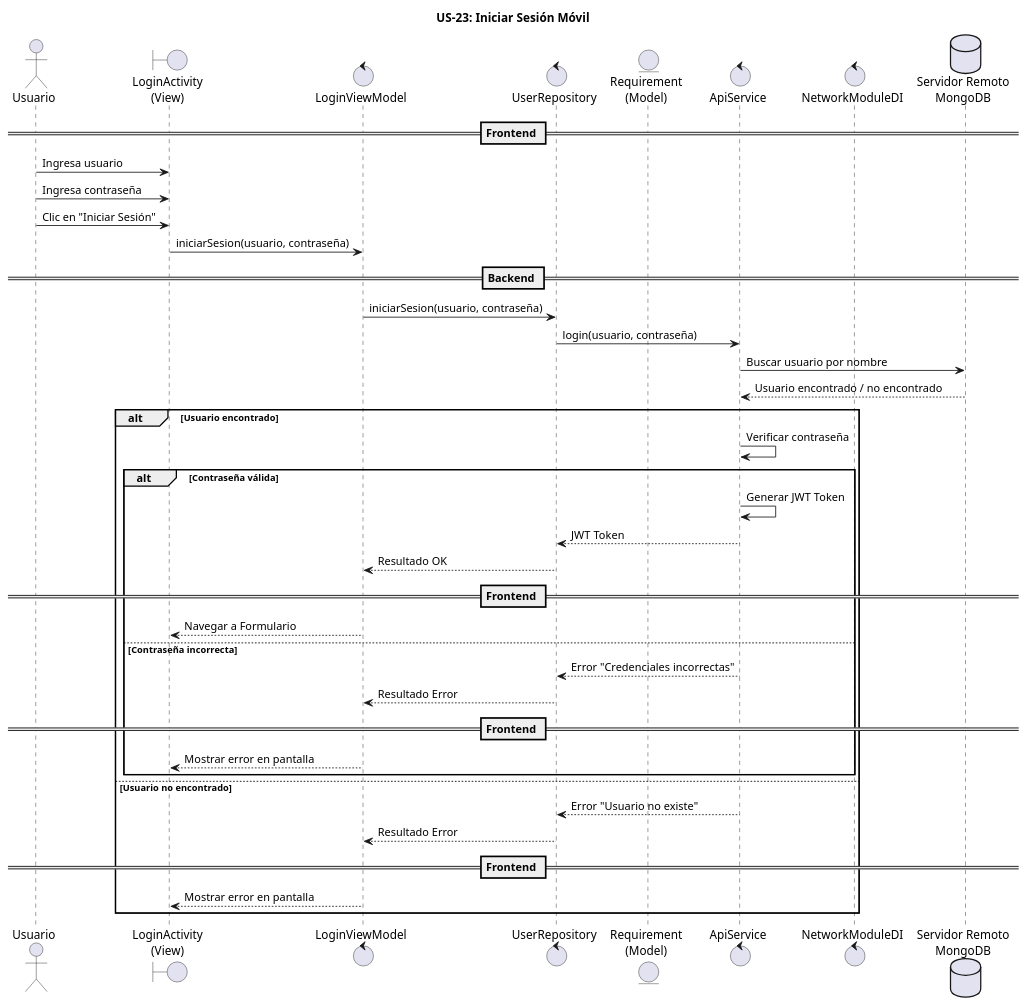
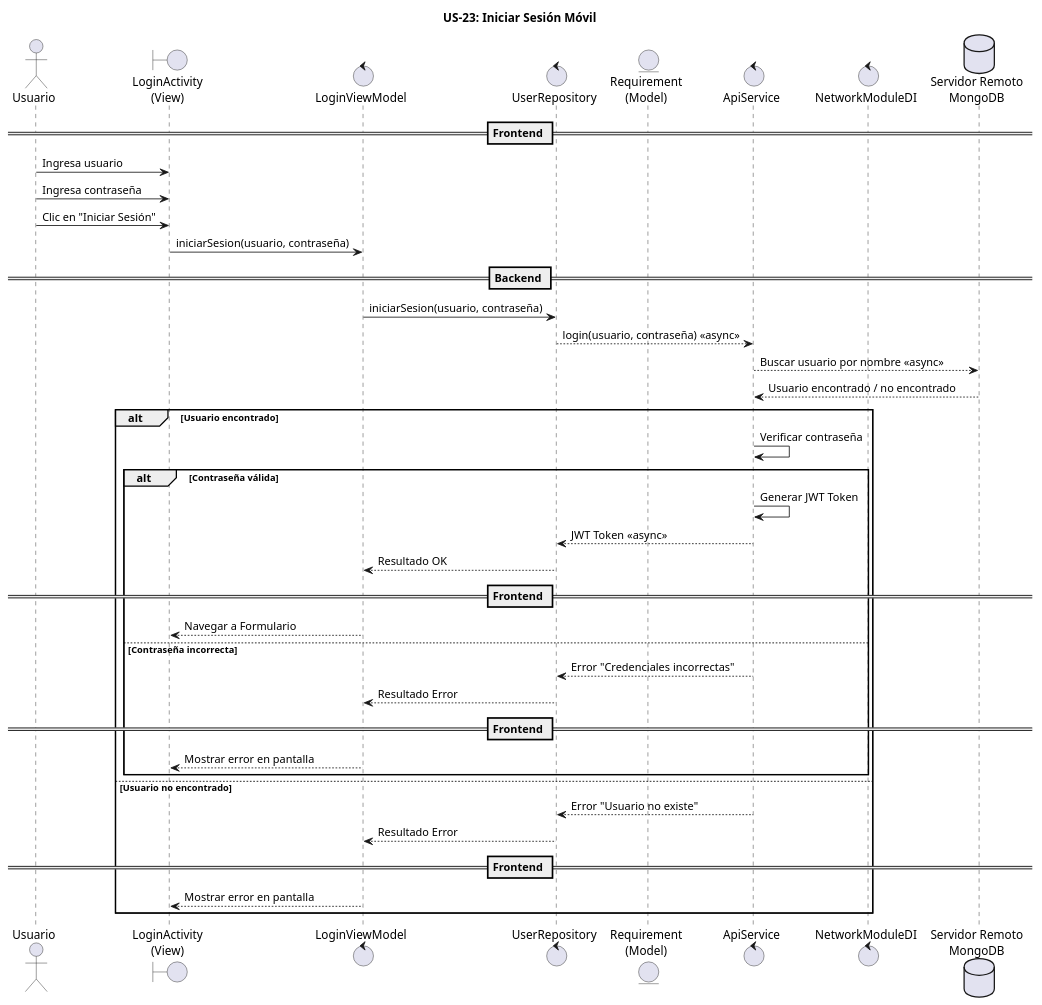
Before and after one commit to PIX3L-IT/dieselflow-dise-o: the diagram in MVP/US-23-iniciarSesion/Movil/US-23-iniciarSesion.puml, drawn with PlantUML. The commit also changed 3 other files, not shown here.

```diff
--- a/MVP/US-23-iniciarSesion/Movil/US-23-iniciarSesion.puml
+++ b/MVP/US-23-iniciarSesion/Movil/US-23-iniciarSesion.puml
@@ -1,49 +1,47 @@
 @startuml
 title US-23: Iniciar Sesión Móvil 
 
 actor Usuario as U
 
 boundary "LoginActivity\n(View)" as Activity
 control "LoginViewModel" as ViewModel
 control "UserRepository" as Repository
 entity "Requirement\n(Model)" as Model
 control "ApiService" as API
 control "NetworkModuleDI" as DI
 database "Servidor Remoto\nMongoDB" as DB
 
 == Frontend ==
 U -> Activity : Ingresa usuario
 U -> Activity : Ingresa contraseña
 U -> Activity : Clic en "Iniciar Sesión"
 Activity -> ViewModel : iniciarSesion(usuario, contraseña)
 
-
 == Backend ==
 ViewModel -> Repository : iniciarSesion(usuario, contraseña)
-Repository -> API : login(usuario, contraseña)
-API -> DB : Buscar usuario por nombre
+Repository --> API : login(usuario, contraseña) <<async>>
+API --> DB : Buscar usuario por nombre <<async>>
 DB --> API : Usuario encontrado / no encontrado
 
 alt Usuario encontrado
     API -> API : Verificar contraseña
     alt Contraseña válida
         API -> API : Generar JWT Token
-        API --> Repository : JWT Token
+        API --> Repository : JWT Token <<async>>
         Repository --> ViewModel : Resultado OK
         == Frontend ==
         ViewModel --> Activity : Navegar a Formulario
     else Contraseña incorrecta
         API --> Repository : Error "Credenciales incorrectas"
         Repository --> ViewModel : Resultado Error
         == Frontend ==
         ViewModel --> Activity : Mostrar error en pantalla
     end
 else Usuario no encontrado
     API --> Repository : Error "Usuario no existe"
     Repository --> ViewModel : Resultado Error
     == Frontend ==
     ViewModel --> Activity : Mostrar error en pantalla
 end
 
-
 @enduml
```
